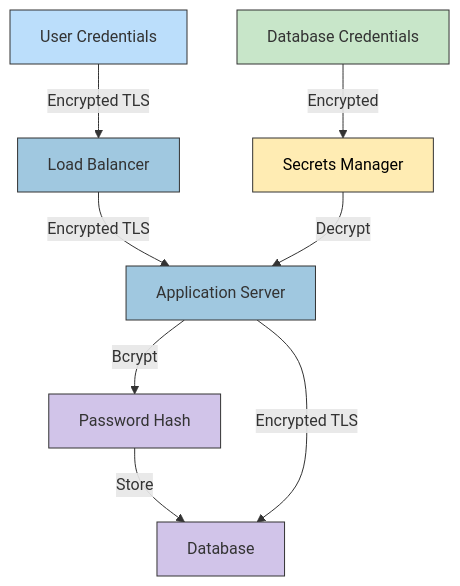
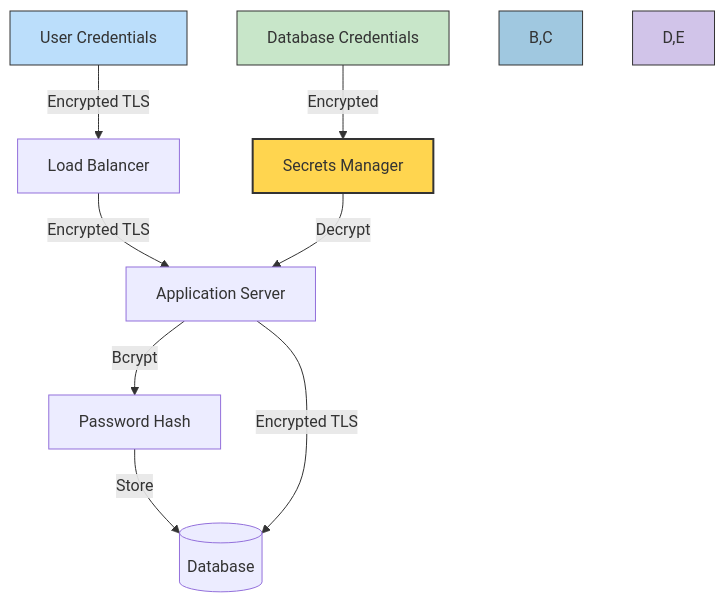
Before and after one commit to Hack23/cia: diagram 11 of 12 in SECURITY_ARCHITECTURE.md, drawn with Mermaid. The commit also changed other lines of this file, not shown here.

````diff
--- a/SECURITY_ARCHITECTURE.md
+++ b/SECURITY_ARCHITECTURE.md
@@ -919,23 +1194,17 @@
 ```mermaid
 graph TD
-    classDef user fill:#bbdefb,stroke:#333,stroke-width:1px
-    classDef network fill:#a0c8e0,stroke:#333,stroke-width:1px
-    classDef data fill:#d1c4e9,stroke:#333,stroke-width:1px
-    classDef security fill:#ffecb3,stroke:#333,stroke-width:1px,color:black
-    classDef process fill:#c8e6c9,stroke:#333,stroke-width:1px
-    
     A[User Credentials] -->|Encrypted TLS| B[Load Balancer]
     B -->|Encrypted TLS| C[Application Server]
     C -->|Bcrypt| D[Password Hash]
-    D -->|Store| E[Database]
+    D -->|Store| E[(Database)]
     
     F[Database Credentials] -->|Encrypted| G[Secrets Manager]
     G -->|Decrypt| C
     C -->|Encrypted TLS| E
     
-    class A user
-    class B,C network
-    class D,E data
-    class F process
-    class G security
+    style A fill:#bbdefb,stroke:#333,stroke-width:1px
+    style B,C fill:#a0c8e0,stroke:#333,stroke-width:1px
+    style D,E fill:#d1c4e9,stroke:#333,stroke-width:1px
+    style F fill:#c8e6c9,stroke:#333,stroke-width:1px
+    style G fill:#ffd54f,stroke:#333,stroke-width:2px
 ```
````
